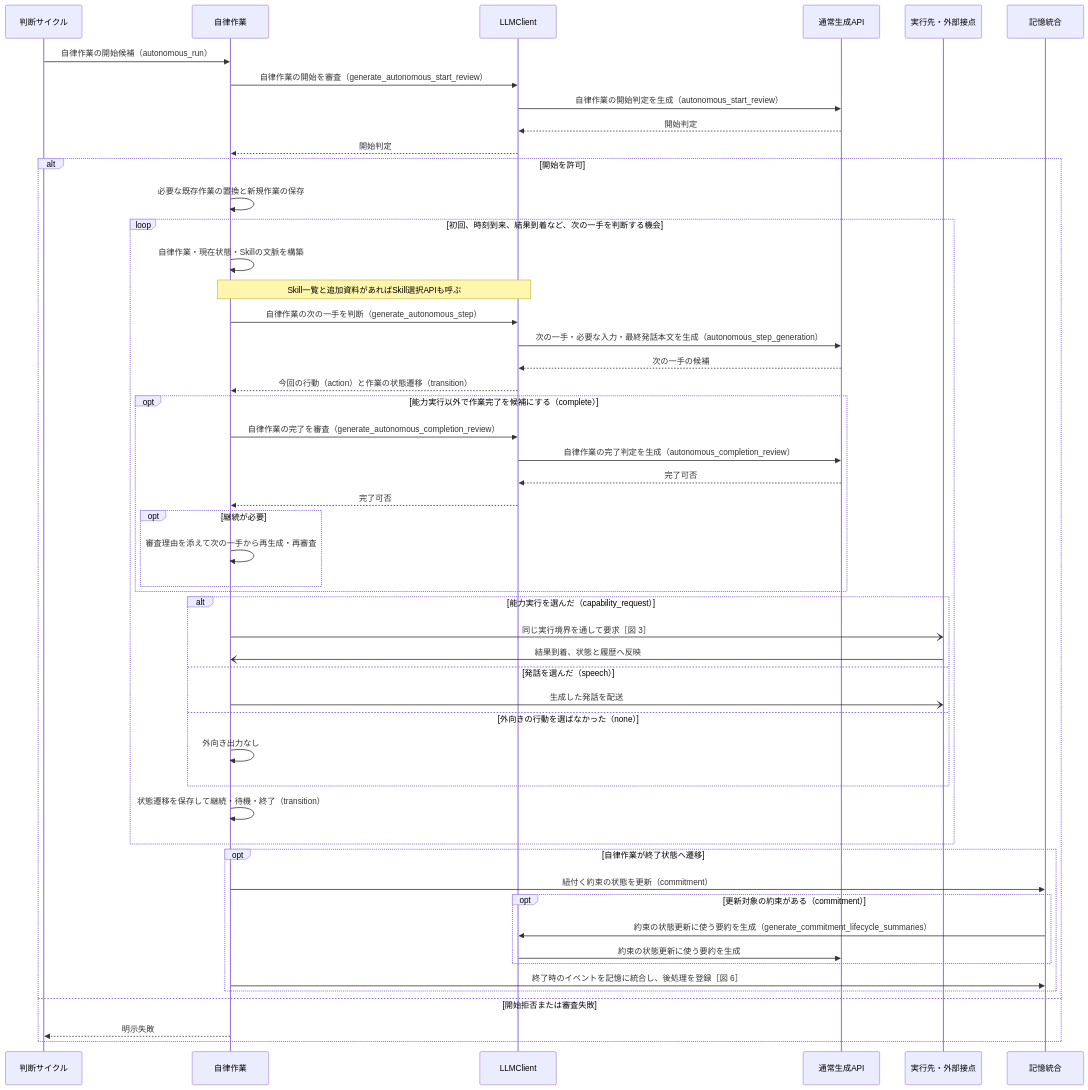
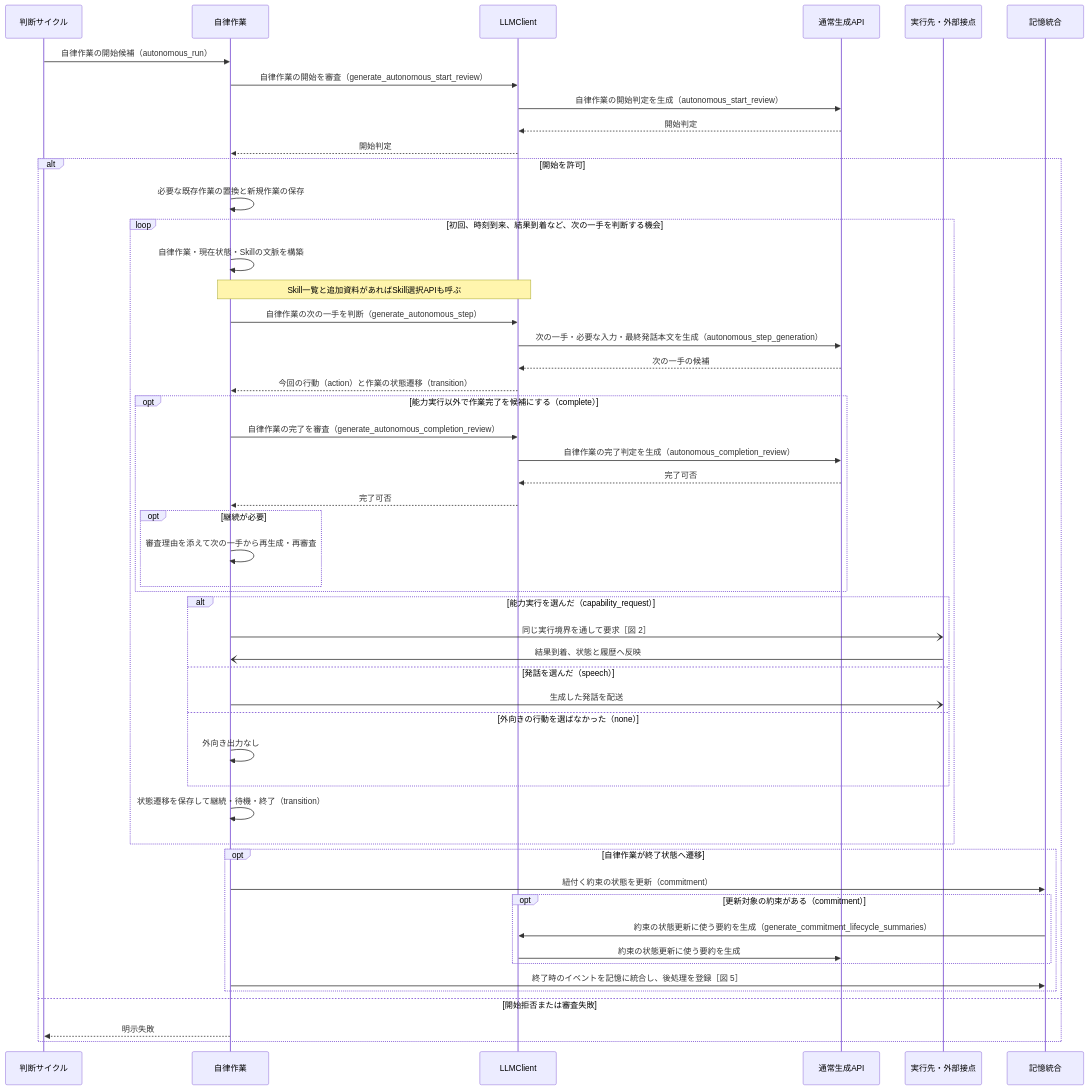
The fourth of 6 diagrams in docs/design/llm/LLM呼び出しシーケンス.md (hirona98/OtomeKairo), drawn with Mermaid before and after one commit. The commit also changed other lines of this file, not shown here.

Commit message:
判断と発話のシーケンスを通常サイクル図へ統合

````diff
--- a/docs/design/llm/LLM呼び出しシーケンス.md
+++ b/docs/design/llm/LLM呼び出しシーケンス.md
@@ -300,54 +284,54 @@
 ```mermaid
 sequenceDiagram
     participant C as 判断サイクル
     participant A as 自律作業
     participant L as LLMClient
     participant G as 通常生成API
     participant X as 実行先・外部接点
     participant M as 記憶統合
 
     C->>A: 自律作業の開始候補（autonomous_run）
     A->>L: 自律作業の開始を審査（generate_autonomous_start_review）
     L->>G: 自律作業の開始判定を生成（autonomous_start_review）
     G-->>L: 開始判定
     L-->>A: 開始判定
     alt 開始を許可
         A->>A: 必要な既存作業の置換と新規作業の保存
         loop 初回、時刻到来、結果到着など、次の一手を判断する機会
             A->>A: 自律作業・現在状態・Skillの文脈を構築
             Note over A,L: Skill一覧と追加資料があればSkill選択APIも呼ぶ
             A->>L: 自律作業の次の一手を判断（generate_autonomous_step）
             L->>G: 次の一手・必要な入力・最終発話本文を生成（autonomous_step_generation）
             G-->>L: 次の一手の候補
             L-->>A: 今回の行動（action）と作業の状態遷移（transition）
             opt 能力実行以外で作業完了を候補にする（complete）
                 A->>L: 自律作業の完了を審査（generate_autonomous_completion_review）
                 L->>G: 自律作業の完了判定を生成（autonomous_completion_review）
                 G-->>L: 完了可否
                 L-->>A: 完了可否
                 opt 継続が必要
                     A->>A: 審査理由を添えて次の一手から再生成・再審査
                 end
             end
             alt 能力実行を選んだ（capability_request）
-                A-)X: 同じ実行境界を通して要求［図 3］
+                A-)X: 同じ実行境界を通して要求［図 2］
                 X-)A: 結果到着、状態と履歴へ反映
             else 発話を選んだ（speech）
                 A-)X: 生成した発話を配送
             else 外向きの行動を選ばなかった（none）
                 A->>A: 外向き出力なし
             end
             A->>A: 状態遷移を保存して継続・待機・終了（transition）
         end
         opt 自律作業が終了状態へ遷移
             A->>M: 紐付く約束の状態を更新（commitment）
             opt 更新対象の約束がある（commitment）
                 M->>L: 約束の状態更新に使う要約を生成（generate_commitment_lifecycle_summaries）
                 L->>G: 約束の状態更新に使う要約を生成
             end
-            A->>M: 終了時のイベントを記憶に統合し、後処理を登録［図 6］
+            A->>M: 終了時のイベントを記憶に統合し、後処理を登録［図 5］
         end
     else 開始拒否または審査失敗
         A-->>C: 明示失敗
     end
 ```
````
